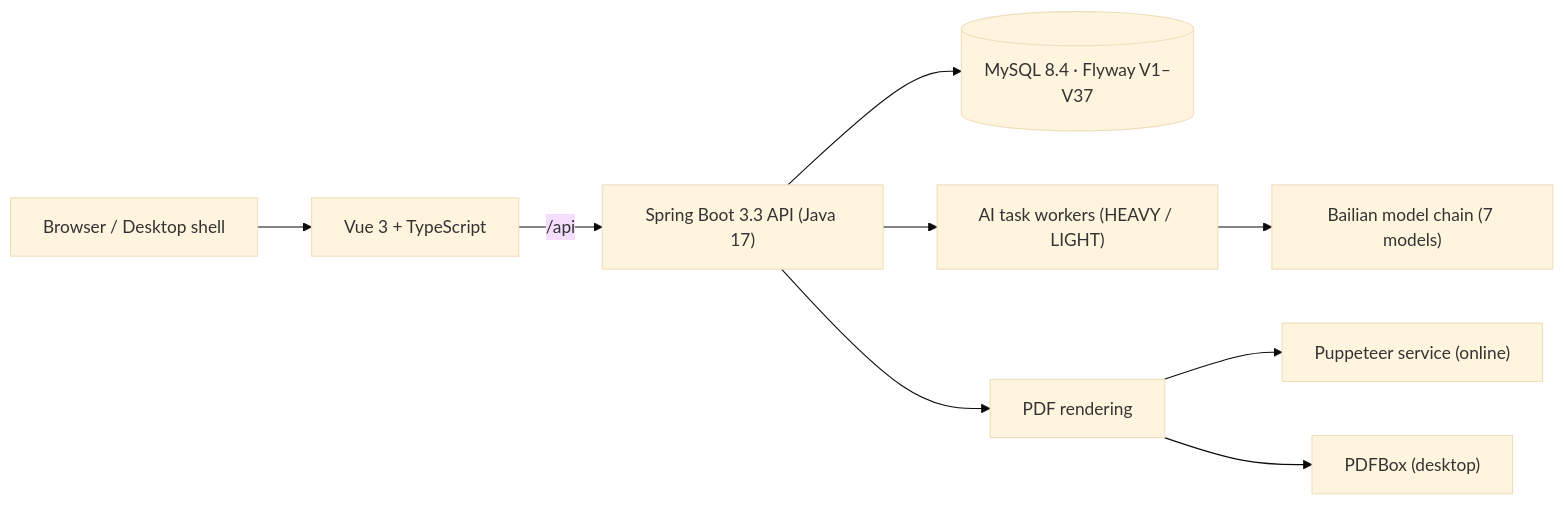
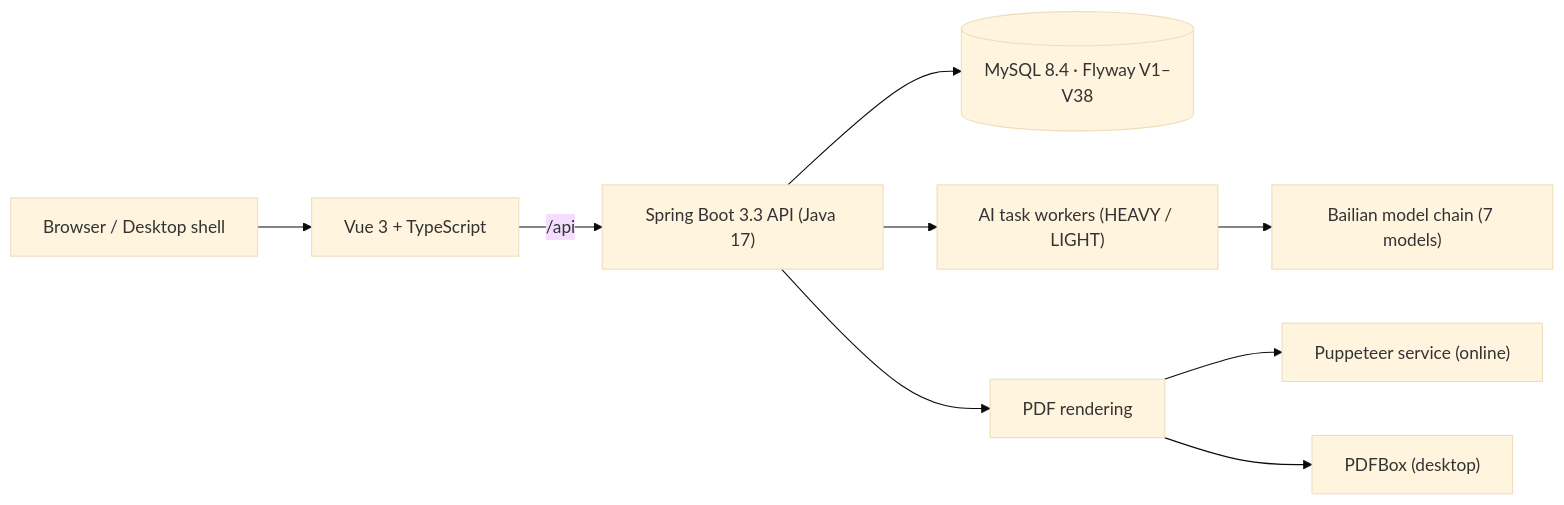
One commit to BYNekoNay/intelligent-resume-builder changed the diagram in README.en.md. Above: the diagram before and after it, drawn with Mermaid (base theme). The commit also changed other lines of this file and 5 other files, not shown here.

````diff
--- a/README.en.md
+++ b/README.en.md
@@ -22,11 +22,11 @@
 ```mermaid
 flowchart LR
   B["Browser / Desktop shell"] --> W["Vue 3 + TypeScript"]
   W -->|"/api"| A["Spring Boot 3.3 API (Java 17)"]
-  A --> DB[("MySQL 8.4 · Flyway V1–V37")]
+  A --> DB[("MySQL 8.4 · Flyway V1–V38")]
   A --> WK["AI task workers (HEAVY / LIGHT)"]
   WK --> LLM["Bailian model chain (7 models)"]
   A --> PDF["PDF rendering"]
   PDF --> P1["Puppeteer service (online)"]
   PDF --> P2["PDFBox (desktop)"]
 ```
````
